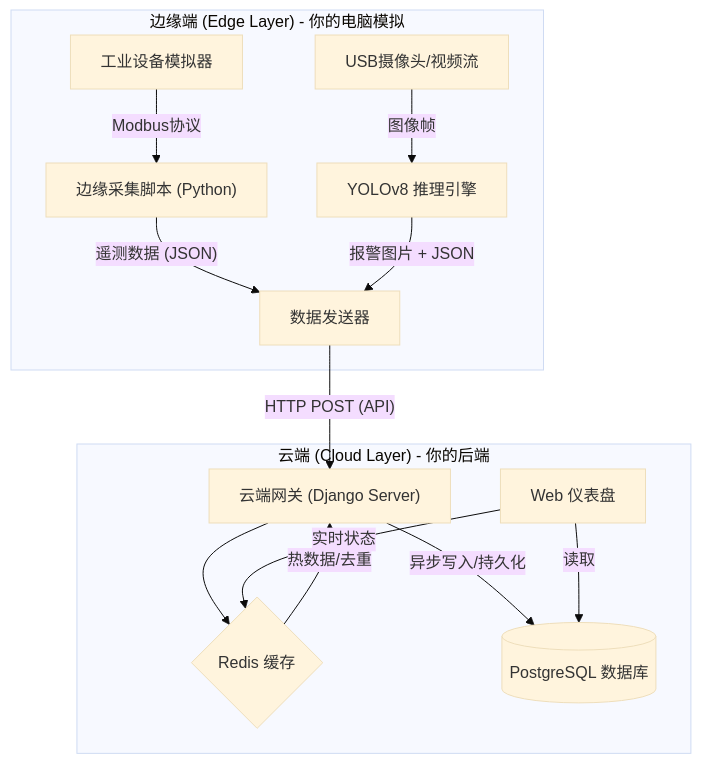
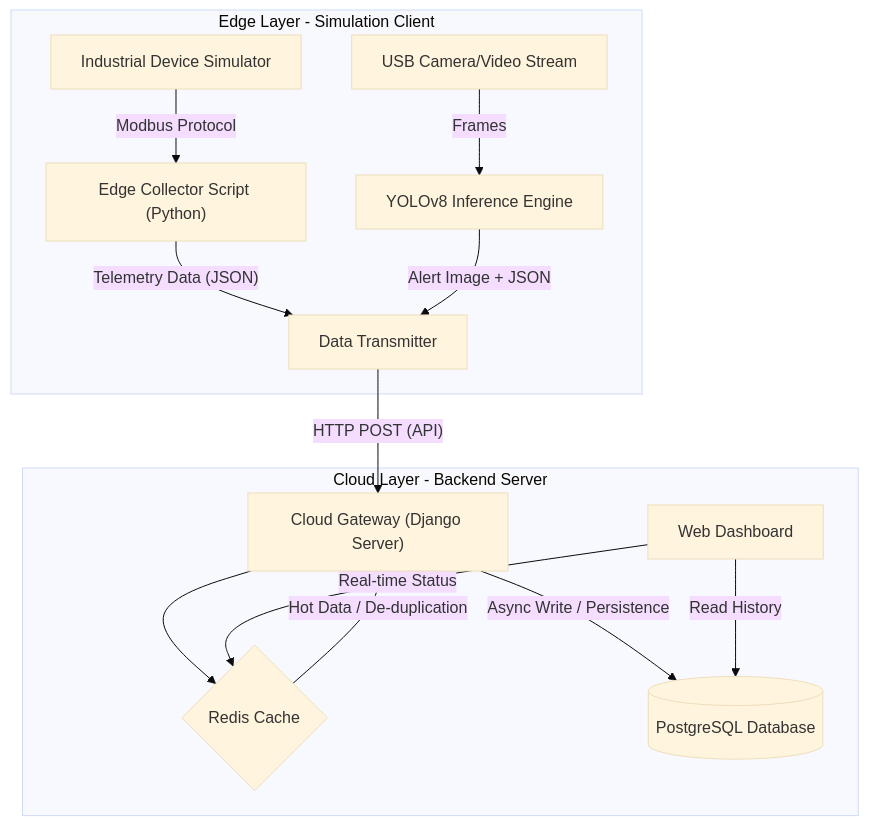
The diagram in README.md (Elk-123/Industrial-AIoT-Sentinel-Platform), drawn with Mermaid (base theme) before and after one commit. The commit also changed other lines of this file and 5 other files, not shown here.

````diff
--- a/README.md
+++ b/README.md
@@ -44,19 +47,19 @@
 ```mermaid
 graph TD
-    subgraph "边缘端 (Edge Layer) - 你的电脑模拟"
-        A[工业设备模拟器] -- "Modbus协议" --> B["边缘采集脚本 (Python)"]
-        C["USB摄像头/视频流"] -- "图像帧" --> D["YOLOv8 推理引擎"]
-        B -- "遥测数据 (JSON)" --> E[数据发送器]
-        D -- "报警图片 + JSON" --> E
+    subgraph "Edge Layer - Simulation Client"
+        A[Industrial Device Simulator] -- "Modbus Protocol" --> B["Edge Collector Script (Python)"]
+        C["USB Camera/Video Stream"] -- "Frames" --> D["YOLOv8 Inference Engine"]
+        B -- "Telemetry Data (JSON)" --> E[Data Transmitter]
+        D -- "Alert Image + JSON" --> E
     end
 
-    E -- "HTTP POST (API)" --> F["云端网关 (Django Server)"]
+    E -- "HTTP POST (API)" --> F["Cloud Gateway (Django Server)"]
 
-    subgraph "云端 (Cloud Layer) - 你的后端"
-        F --> G{Redis 缓存}
-        G -- "热数据/去重" --> F
-        F -- "异步写入/持久化" --> H[(PostgreSQL 数据库)]
-        I[Web 仪表盘] -- "读取" --> H
-        I -- "实时状态" --> G
+    subgraph "Cloud Layer - Backend Server"
+        F --> G{Redis Cache}
+        G -- "Hot Data / De-duplication" --> F
+        F -- "Async Write / Persistence" --> H[(PostgreSQL Database)]
+        I[Web Dashboard] -- "Read History" --> H
+        I -- "Real-time Status" --> G
     end
 ```
````
